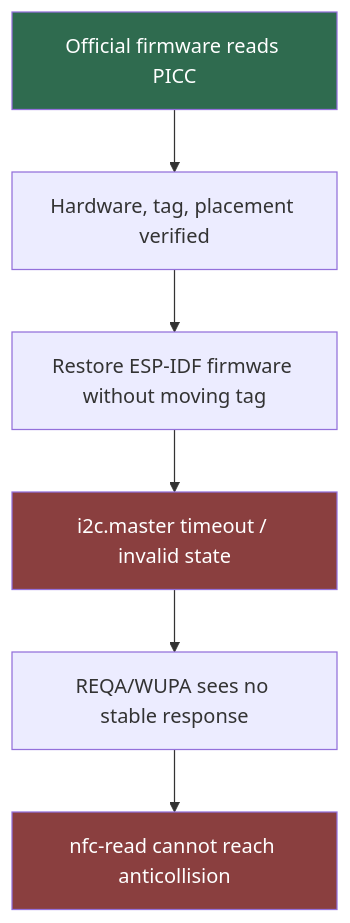
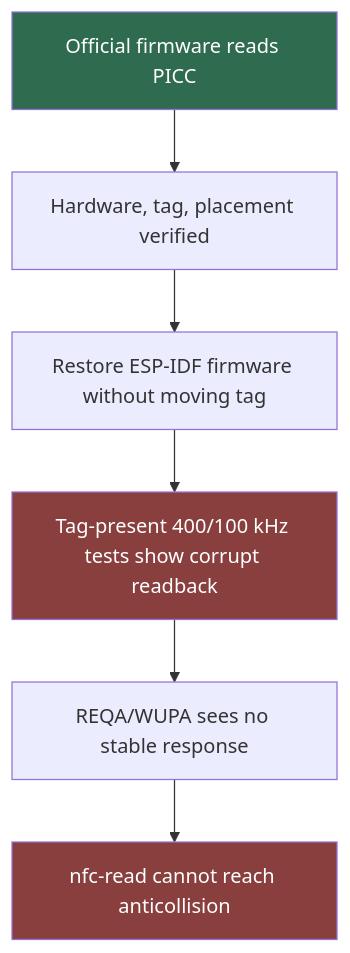
The third of 3 diagrams in Projects/2026/08/21/ARTICLE - M5StackChan NFC - Porting the ST25R3916 Reader to ESP-IDF.md (go-go-golems/go-go-parc), drawn with Mermaid before and after one commit. The commit also changed other lines of this file, not shown here.

Commit message:
Correct StackChan NFC report with tag-present transport tests

````diff
--- a/Projects/2026/08/21/ARTICLE - M5StackChan NFC - Porting the ST25R3916 Reader to ESP-IDF.md
+++ b/Projects/2026/08/21/ARTICLE - M5StackChan NFC - Porting the ST25R3916 Reader to ESP-IDF.md
@@ -543,12 +547,12 @@
 ```mermaid
 flowchart TD
     A["Official firmware reads PICC"] --> B["Hardware, tag, placement verified"]
     B --> C["Restore ESP-IDF firmware without moving tag"]
-    C --> D["i2c.master timeout / invalid state"]
+    C --> D["Tag-present 400/100 kHz tests show corrupt readback"]
     D --> E["REQA/WUPA sees no stable response"]
     E --> F["nfc-read cannot reach anticollision"]
 
     style A fill:#2f6b4f,color:#fff
     style D fill:#8a3f3f,color:#fff
     style F fill:#8a3f3f,color:#fff
 ```
````
